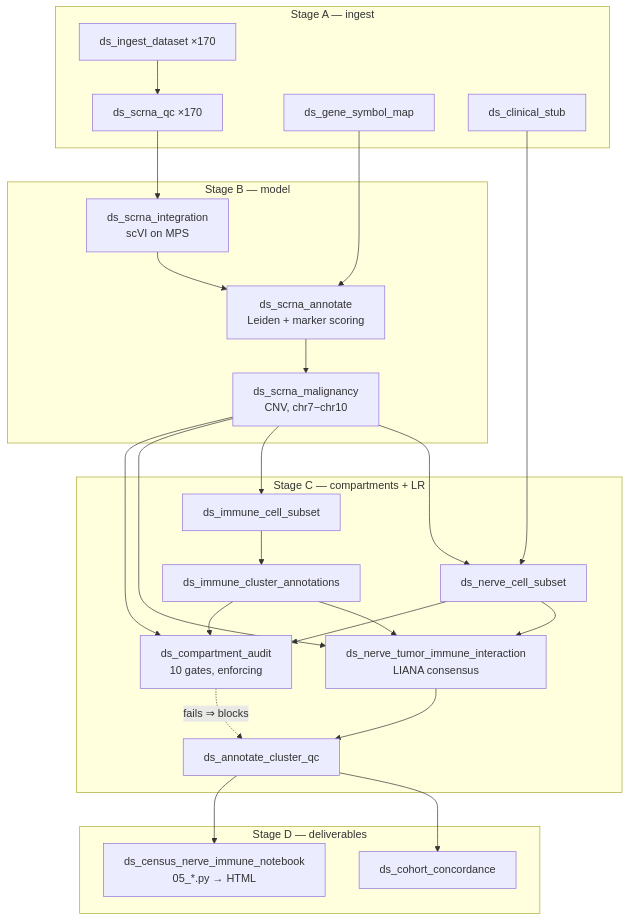
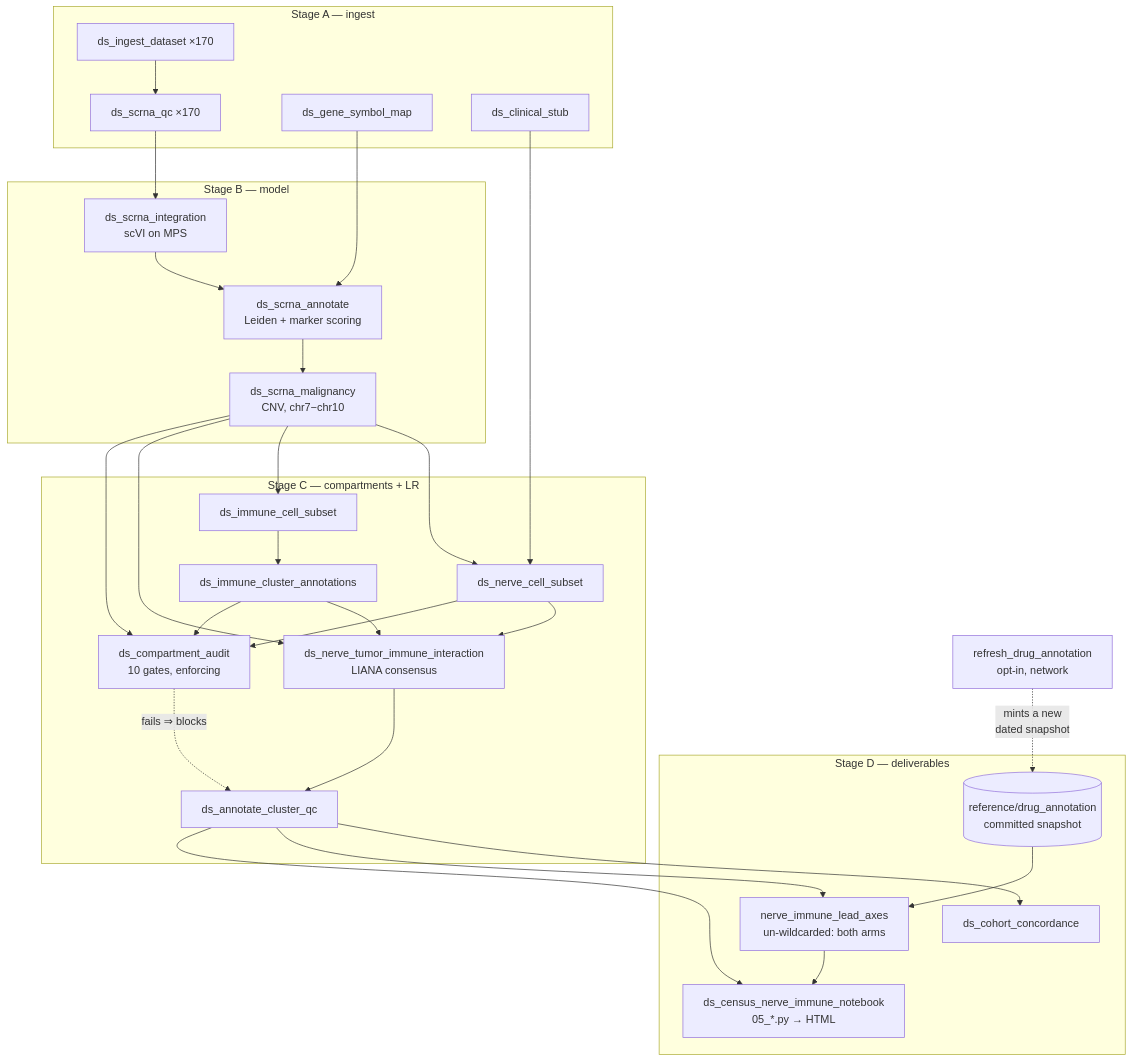
Before and after one commit to jjevans25/Nerve_Analysis_TCGA_GBM: the diagram in markdowns/GBM_TME_Crosstalk_Analysis.md, drawn with Mermaid. The commit also changed other lines of this file, not shown here.

First line of the commit message:
docs: bring GBM_TME_Crosstalk_Analysis.md in line with the lead-axes work

````diff
--- a/markdowns/GBM_TME_Crosstalk_Analysis.md
+++ b/markdowns/GBM_TME_Crosstalk_Analysis.md
@@ -160,32 +160,36 @@
 ```mermaid
 flowchart TD
     subgraph A["Stage A — ingest"]
         I["ds_ingest_dataset ×170"] --> Q["ds_scrna_qc ×170"]
         GM["ds_gene_symbol_map"]
         CS["ds_clinical_stub"]
     end
     subgraph B["Stage B — model"]
         Q --> INT["ds_scrna_integration<br/>scVI on MPS"]
         INT --> ANN["ds_scrna_annotate<br/>Leiden + marker scoring"]
         GM --> ANN
         ANN --> MAL["ds_scrna_malignancy<br/>CNV, chr7−chr10"]
     end
     subgraph C["Stage C — compartments + LR"]
         MAL --> NRV["ds_nerve_cell_subset"]
         MAL --> IMM["ds_immune_cell_subset"]
         CS --> NRV
         IMM --> IMA["ds_immune_cluster_annotations"]
         NRV --> LR["ds_nerve_tumor_immune_interaction<br/>LIANA consensus"]
         IMA --> LR
         MAL --> LR
         NRV --> AUD["ds_compartment_audit<br/>10 gates, enforcing"]
         IMA --> AUD
         MAL --> AUD
         LR --> QC2["ds_annotate_cluster_qc"]
     end
     subgraph D["Stage D — deliverables"]
         QC2 --> CON["ds_cohort_concordance"]
-        QC2 --> NB["ds_census_nerve_immune_notebook<br/>05_*.py → HTML"]
+        QC2 --> LA["nerve_immune_lead_axes<br/>un-wildcarded: both arms"]
+        DRUG[("reference/drug_annotation<br/>committed snapshot")] --> LA
+        LA --> NB["ds_census_nerve_immune_notebook<br/>05_*.py → HTML"]
+        QC2 --> NB
     end
     AUD -.->|"fails ⇒ blocks"| QC2
+    RF["refresh_drug_annotation<br/>opt-in, network"] -.->|"mints a new<br/>dated snapshot"| DRUG
 ```
````
